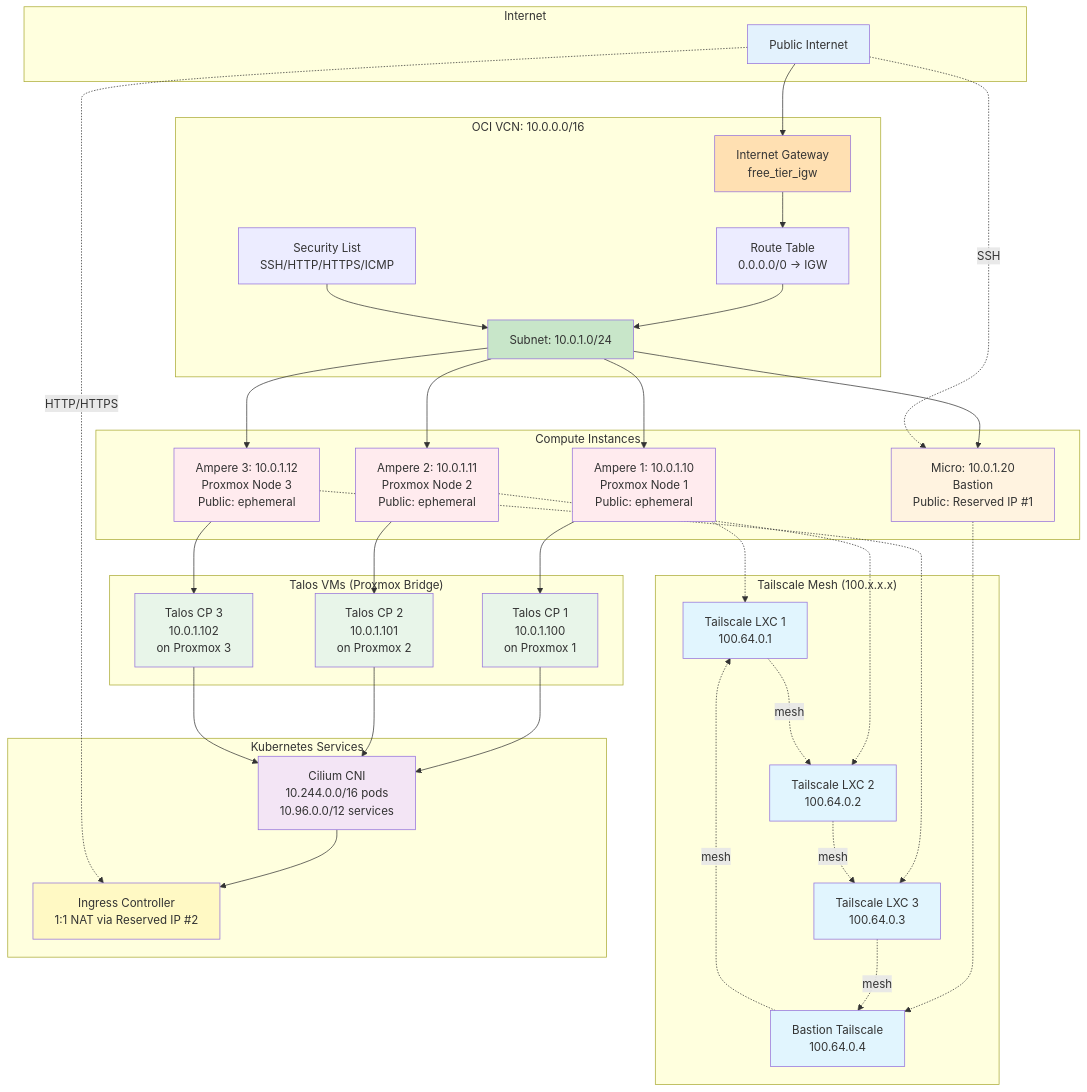
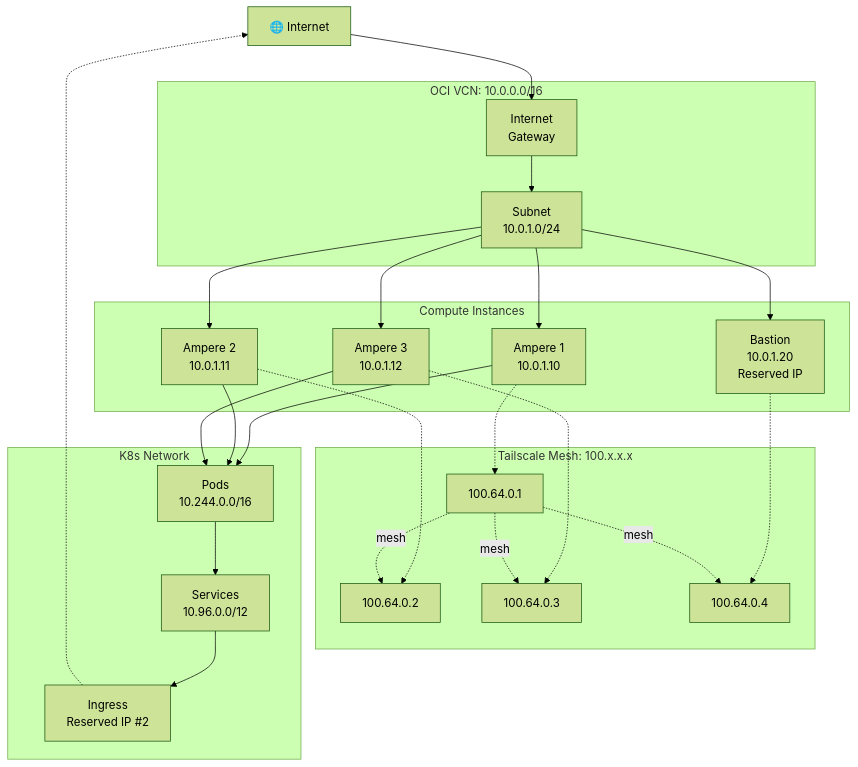
Diagram 14 of 18 in docs/ARCHITECTURE-DIAGRAMS.md (syscode-labs/oci-free-tier-manager), drawn with Mermaid before and after one commit. The commit also changed other lines of this file and 1 other file, not shown here.

First line of the commit message:
refactor: redesign architecture diagrams for better readability

````diff
--- a/docs/ARCHITECTURE-DIAGRAMS.md
+++ b/docs/ARCHITECTURE-DIAGRAMS.md
@@ -871,87 +335,46 @@
 ```mermaid
+%%{init: {'theme':'forest'}}%%
 graph TB
-    subgraph "Internet"
-        A[Public Internet]
+    Internet["🌐 Internet"]
+    
+    subgraph OCI_Net["OCI VCN: 10.0.0.0/16"]
+        IGW["Internet<br/>Gateway"]
+        Subnet["Subnet<br/>10.0.1.0/24"]
     end
     
-    subgraph "OCI VCN: 10.0.0.0/16"
-        B[Internet Gateway<br/>free_tier_igw]
-        C[Route Table<br/>0.0.0.0/0 → IGW]
-        D[Security List<br/>SSH/HTTP/HTTPS/ICMP]
-        E[Subnet: 10.0.1.0/24]
-        
-        B --> C
-        C --> E
-        D --> E
+    subgraph Instances["Compute Instances"]
+        A1["Ampere 1<br/>10.0.1.10"]
+        A2["Ampere 2<br/>10.0.1.11"]
+        A3["Ampere 3<br/>10.0.1.12"]
+        BAS["Bastion<br/>10.0.1.20<br/>Reserved IP"]
     end
     
-    subgraph "Compute Instances"
-        F[Ampere 1: 10.0.1.10<br/>Proxmox Node 1<br/>Public: ephemeral]
-        G[Ampere 2: 10.0.1.11<br/>Proxmox Node 2<br/>Public: ephemeral]
-        H[Ampere 3: 10.0.1.12<br/>Proxmox Node 3<br/>Public: ephemeral]
-        I[Micro: 10.0.1.20<br/>Bastion<br/>Public: Reserved IP #1]
-        
-        E --> F
-        E --> G
-        E --> H
-        E --> I
+    subgraph Mesh["Tailscale Mesh: 100.x.x.x"]
+        TS1["100.64.0.1"]
+        TS2["100.64.0.2"]
+        TS3["100.64.0.3"]
+        TS4["100.64.0.4"]
     end
     
-    subgraph "Tailscale Mesh (100.x.x.x)"
-        J[Tailscale LXC 1<br/>100.64.0.1]
-        K[Tailscale LXC 2<br/>100.64.0.2]
-        L[Tailscale LXC 3<br/>100.64.0.3]
-        M[Bastion Tailscale<br/>100.64.0.4]
-        
-        F -.-> J
-        G -.-> K
-        H -.-> L
-        I -.-> M
-        
-        J -.mesh.-> K
-        K -.mesh.-> L
-        L -.mesh.-> M
-        M -.mesh.-> J
+    subgraph K8s_Net["K8s Network"]
+        Pods["Pods<br/>10.244.0.0/16"]
+        Svcs["Services<br/>10.96.0.0/12"]
+        Ingress["Ingress<br/>Reserved IP #2"]
     end
     
-    subgraph "Talos VMs (Proxmox Bridge)"
-        N[Talos CP 1<br/>10.0.1.100<br/>on Proxmox 1]
-        O[Talos CP 2<br/>10.0.1.101<br/>on Proxmox 2]
-        P[Talos CP 3<br/>10.0.1.102<br/>on Proxmox 3]
-        
-        F --> N
-        G --> O
-        H --> P
-    end
+    Internet --> IGW
+    IGW --> Subnet
+    Subnet --> A1 & A2 & A3 & BAS
     
-    subgraph "Kubernetes Services"
-        Q[Cilium CNI<br/>10.244.0.0/16 pods<br/>10.96.0.0/12 services]
-        R[Ingress Controller<br/>1:1 NAT via Reserved IP #2]
-        
-        N --> Q
-        O --> Q
-        P --> Q
-        Q --> R
-    end
+    A1 -.-> TS1
+    A2 -.-> TS2
+    A3 -.-> TS3
+    BAS -.-> TS4
     
-    A --> B
-    A -.SSH.-> I
-    A -.HTTP/HTTPS.-> R
+    TS1 -.mesh.-> TS2 & TS3 & TS4
     
-    style A fill:#e3f2fd
-    style B fill:#ffe0b2
-    style E fill:#c8e6c9
-    style F fill:#ffebee
-    style G fill:#ffebee
-    style H fill:#ffebee
-    style I fill:#fff3e0
-    style J fill:#e1f5fe
-    style K fill:#e1f5fe
-    style L fill:#e1f5fe
-    style M fill:#e1f5fe
-    style N fill:#e8f5e9
-    style O fill:#e8f5e9
-    style P fill:#e8f5e9
-    style Q fill:#f3e5f5
-    style R fill:#fff9c4
+    A1 & A2 & A3 --> Pods
+    Pods --> Svcs
+    Svcs --> Ingress
+    Ingress -.-> Internet
 ```
````
